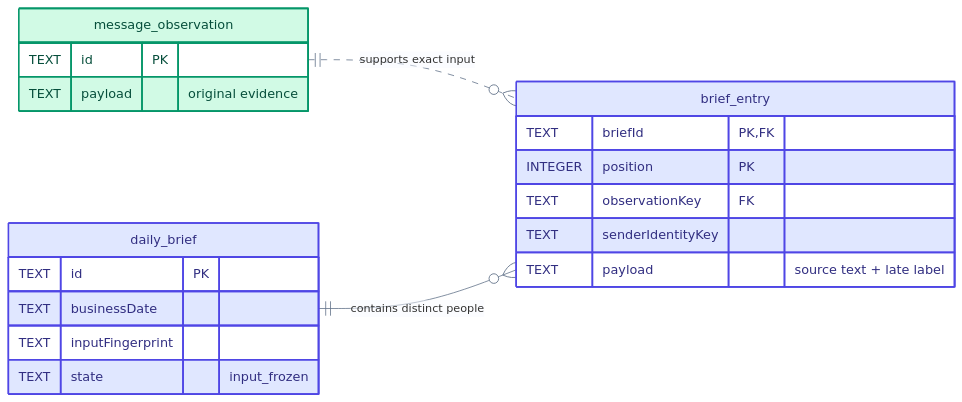
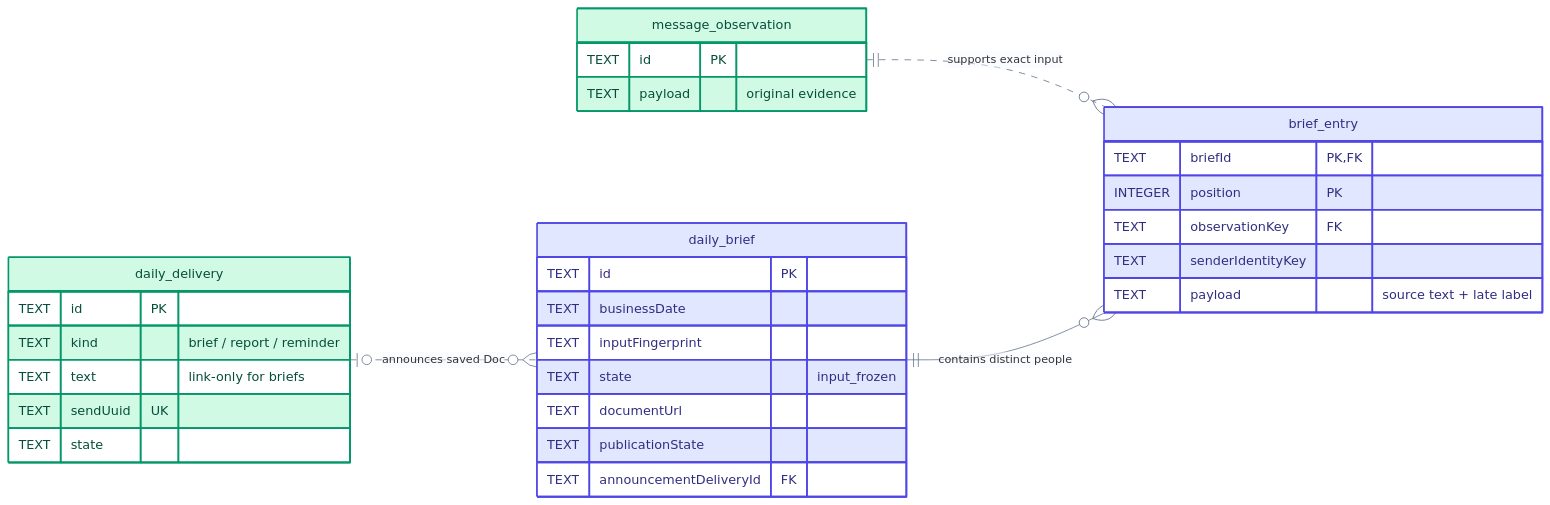
One commit to mbeka02/task-list-submission-automation changed the fourth of 4 diagrams in README.md. Above: the diagram before and after it, drawn with Mermaid. The commit also changed other lines of this file, not shown here.

Commit message:
docs(brief): explain Doc publication and recovery

````diff
--- a/README.md
+++ b/README.md
@@ -222,29 +222,41 @@
 ```mermaid
 %%{init: {"theme":"base","themeVariables":{"lineColor":"#64748b","fontFamily":"sans-serif"}}}%%
 erDiagram
     direction LR
     message_observation ||..o{ brief_entry : "supports exact input"
     daily_brief ||--o{ brief_entry : "contains distinct people"
+    daily_delivery o|..o{ daily_brief : "announces saved Doc"
     message_observation {
         TEXT id PK
         TEXT payload "original evidence"
     }
     daily_brief {
         TEXT id PK
         TEXT businessDate
         TEXT inputFingerprint
         TEXT state "input_frozen"
+        TEXT documentUrl
+        TEXT publicationState
+        TEXT announcementDeliveryId FK
+    }
+    daily_delivery {
+        TEXT id PK
+        TEXT kind "brief / report / reminder"
+        TEXT text "link-only for briefs"
+        TEXT sendUuid UK
+        TEXT state
     }
     brief_entry {
         TEXT briefId PK, FK
         INTEGER position PK
         TEXT observationKey FK
         TEXT senderIdentityKey
         TEXT payload "source text + late label"
     }
     classDef evidence fill:#d1fae5,stroke:#059669,color:#064e3b,stroke-width:2px;
     classDef brief fill:#e0e7ff,stroke:#4f46e5,color:#312e81,stroke-width:2px;
     class message_observation evidence
     class daily_brief brief
     class brief_entry brief
+    class daily_delivery evidence
 ```
````
